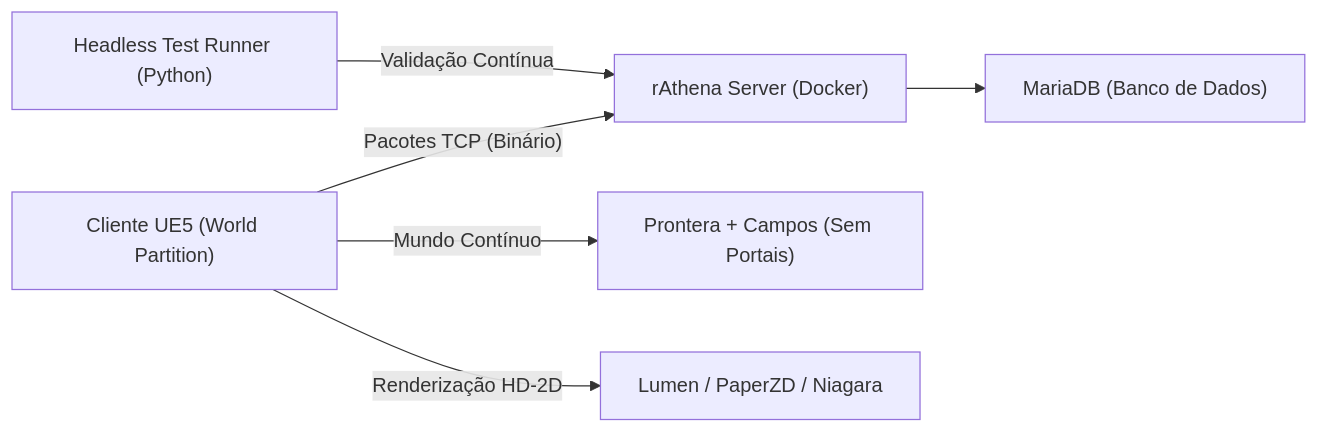
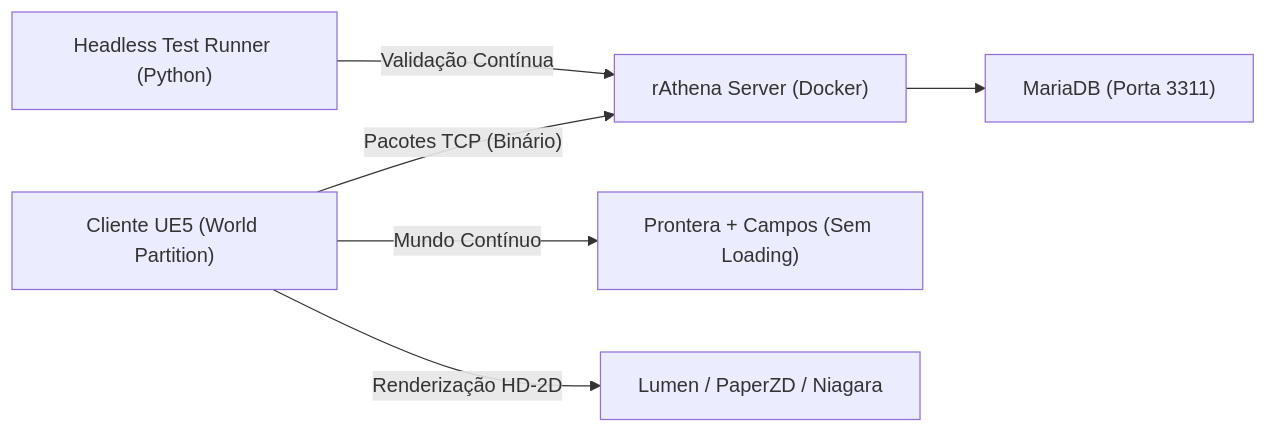
One commit to Palflinho/mythofthor_project changed the second of 2 diagrams in README.md. Above: the diagram before and after it, drawn with Mermaid. The commit also changed other lines of this file, not shown here.

Commit message:
docs: consolida README completo com visao, roadmap de 5 fases, auto-battle e arquitetura

````diff
--- a/README.md
+++ b/README.md
@@ -20,8 +84,8 @@
 ```mermaid
 flowchart LR
     A["Cliente UE5 (World Partition)"] -- "Pacotes TCP (Binário)" --> B["rAthena Server (Docker)"]
-    B --> C["MariaDB (Banco de Dados)"]
-    A -- "Mundo Contínuo" --> D["Prontera + Campos (Sem Portais)"]
+    B --> C["MariaDB (Porta 3311)"]
+    A -- "Mundo Contínuo" --> D["Prontera + Campos (Sem Loading)"]
     A -- "Renderização HD-2D" --> E["Lumen / PaperZD / Niagara"]
     F["Headless Test Runner (Python)"] -- "Validação Contínua" --> B
 ```
````
